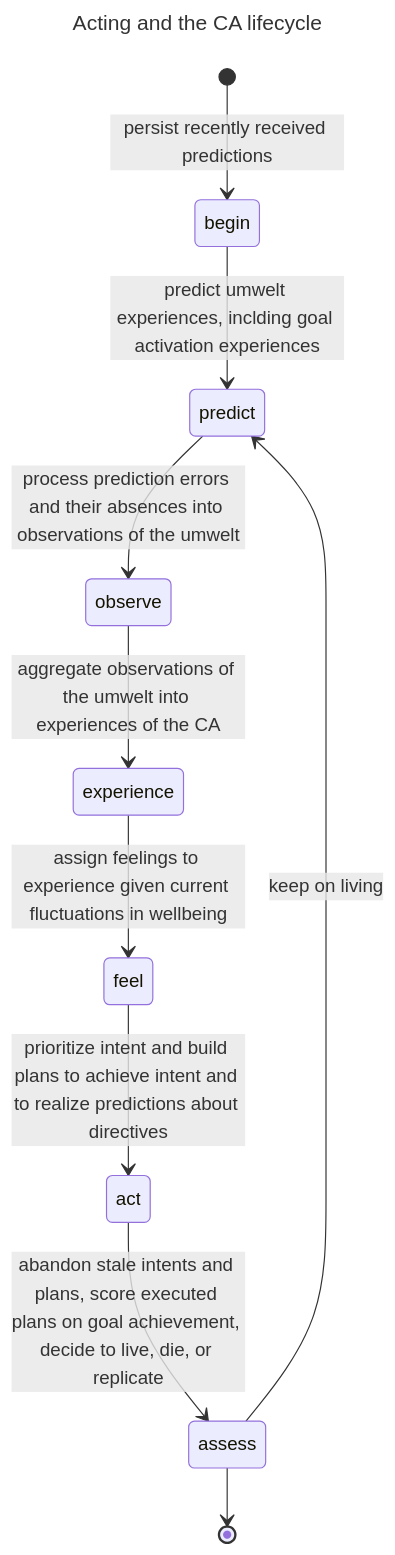
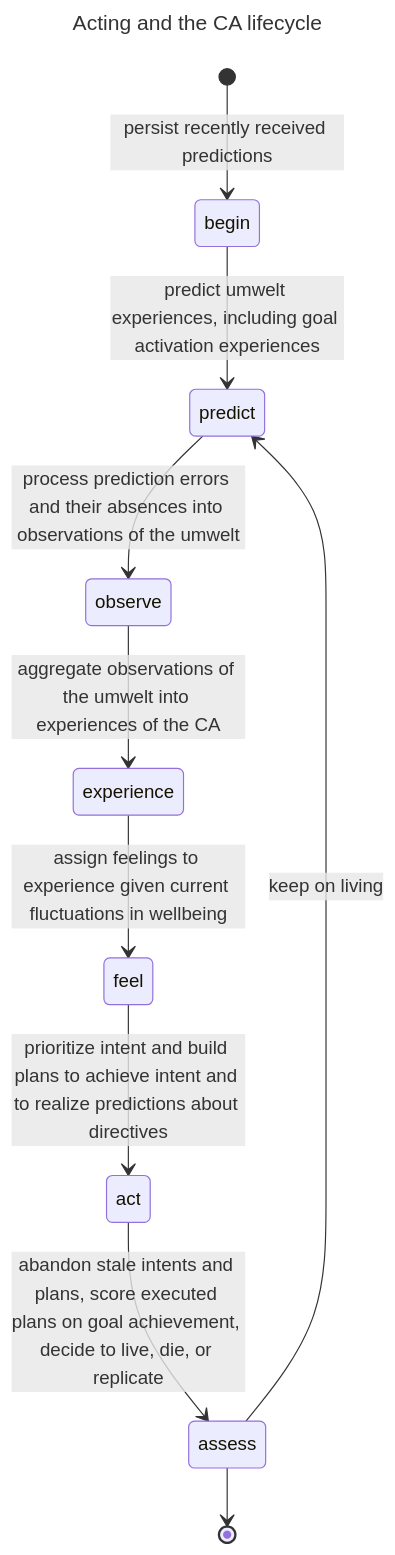
Before and after one commit to jfcloutier/karma_system: the first of 2 diagrams in design_notes/acting.md, drawn with Mermaid. The commit also changed other lines of this file, not shown here.

````diff
--- a/design_notes/acting.md
+++ b/design_notes/acting.md
@@ -57,15 +57,15 @@
 ```mermaid
 ---
 title: Acting and the CA lifecycle
 ---
 stateDiagram-v2
   [*] --> begin : persist recently received predictions
-  begin --> predict : predict umwelt experiences, inclding goal activation experiences
+  begin --> predict : predict umwelt experiences, including goal activation experiences
   predict --> observe : process prediction errors and their absences into observations of the umwelt
   observe --> experience : aggregate observations of the umwelt into experiences of the CA
   experience --> feel : assign feelings to experience given current fluctuations in wellbeing
   feel --> act : prioritize intent and build plans to achieve intent and to realize predictions about directives
   act --> assess : abandon stale intents and plans, score executed plans on goal achievement, decide to live, die, or replicate
   assess --> predict : keep on living
   assess --> [*]
 ```
````
